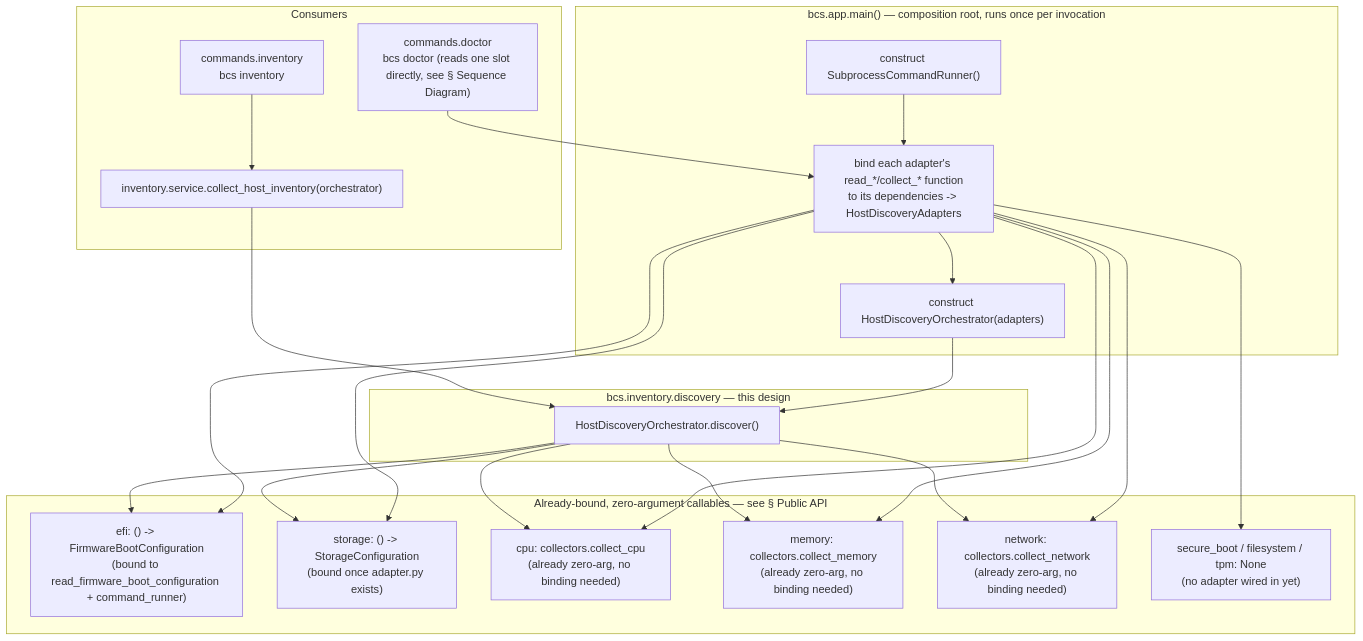
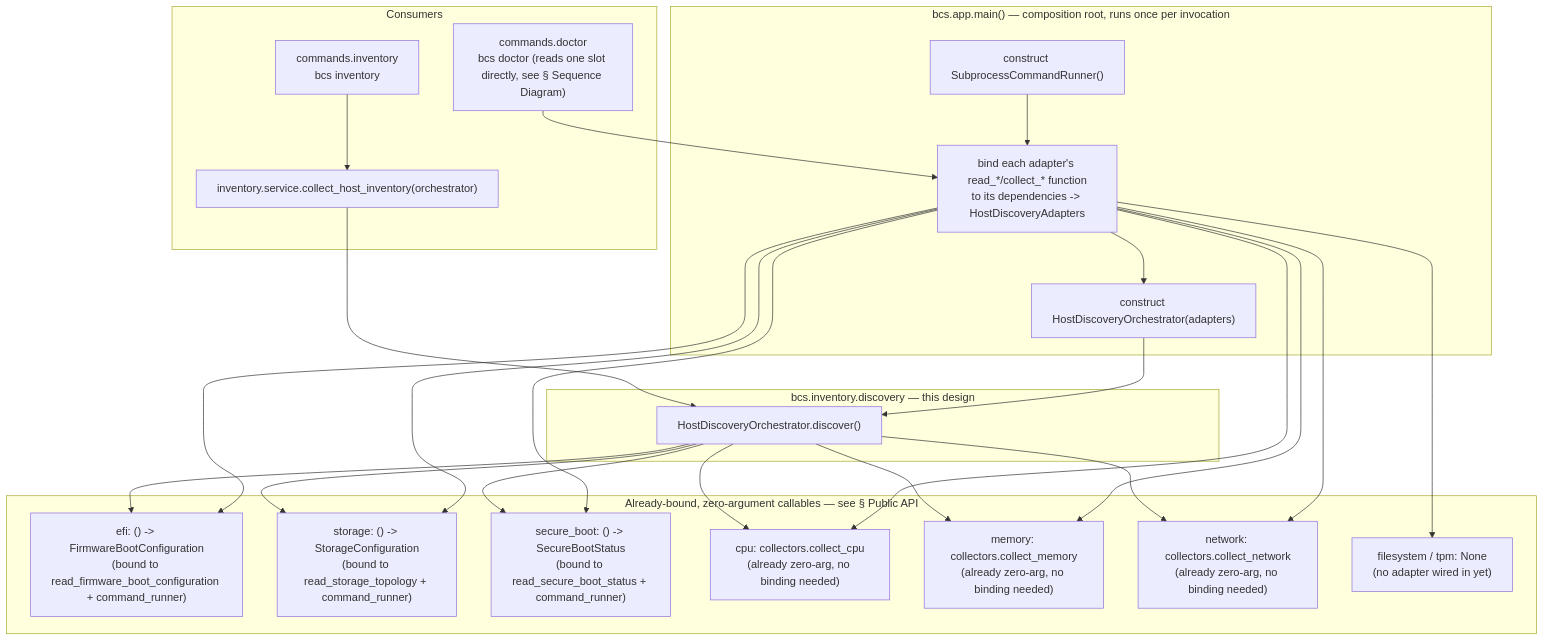
One commit to nino79/batoi-classroom-suite changed the second of 4 diagrams in docs/HOST_DISCOVERY_ORCHESTRATOR.md. Above: the diagram before and after it, drawn with Mermaid. The commit also changed other lines of this file and 22 other files, not shown here.

First line of the commit message:
Implement Secure Boot Adapter and associated tests

````diff
--- a/docs/HOST_DISCOVERY_ORCHESTRATOR.md
+++ b/docs/HOST_DISCOVERY_ORCHESTRATOR.md
@@ -104,47 +107,50 @@
 ```mermaid
 flowchart TB
     subgraph AppStartup["bcs.app.main() — composition root, runs once per invocation"]
         BuildRunner["construct SubprocessCommandRunner()"]
         BuildAdapters["bind each adapter's read_*/collect_* function\nto its dependencies -> HostDiscoveryAdapters"]
         BuildOrchestrator["construct HostDiscoveryOrchestrator(adapters)"]
     end
 
     subgraph BoundAdapters["Already-bound, zero-argument callables — see § Public API"]
         EfiBound["efi: () -> FirmwareBootConfiguration\n(bound to read_firmware_boot_configuration + command_runner)"]
-        StorageBound["storage: () -> StorageConfiguration\n(bound once adapter.py exists)"]
+        StorageBound["storage: () -> StorageConfiguration\n(bound to read_storage_topology + command_runner)"]
+        SecureBootBound["secure_boot: () -> SecureBootStatus\n(bound to read_secure_boot_status + command_runner)"]
         CpuBound["cpu: collectors.collect_cpu\n(already zero-arg, no binding needed)"]
         MemoryBound["memory: collectors.collect_memory\n(already zero-arg, no binding needed)"]
         NetworkBound["network: collectors.collect_network\n(already zero-arg, no binding needed)"]
-        FutureBound["secure_boot / filesystem / tpm: None\n(no adapter wired in yet)"]
+        FutureBound["filesystem / tpm: None\n(no adapter wired in yet)"]
     end
 
     subgraph Core["bcs.inventory.discovery — this design"]
         Orchestrator["HostDiscoveryOrchestrator.discover()"]
     end
 
     subgraph Consumers["Consumers"]
         Service["inventory.service.collect_host_inventory(orchestrator)"]
         CLIAdapter["commands.inventory\nbcs inventory"]
         DoctorAdapter["commands.doctor\nbcs doctor (reads one slot directly, see § Sequence Diagram)"]
     end
 
     BuildRunner --> BuildAdapters
     BuildAdapters --> EfiBound
     BuildAdapters --> StorageBound
+    BuildAdapters --> SecureBootBound
     BuildAdapters --> CpuBound
     BuildAdapters --> MemoryBound
     BuildAdapters --> NetworkBound
     BuildAdapters --> FutureBound
     BuildAdapters --> BuildOrchestrator
     BuildOrchestrator --> Orchestrator
 
     Orchestrator --> EfiBound
     Orchestrator --> StorageBound
+    Orchestrator --> SecureBootBound
     Orchestrator --> CpuBound
     Orchestrator --> MemoryBound
     Orchestrator --> NetworkBound
 
     Service --> Orchestrator
     CLIAdapter --> Service
     DoctorAdapter --> BuildAdapters
 ```
````
